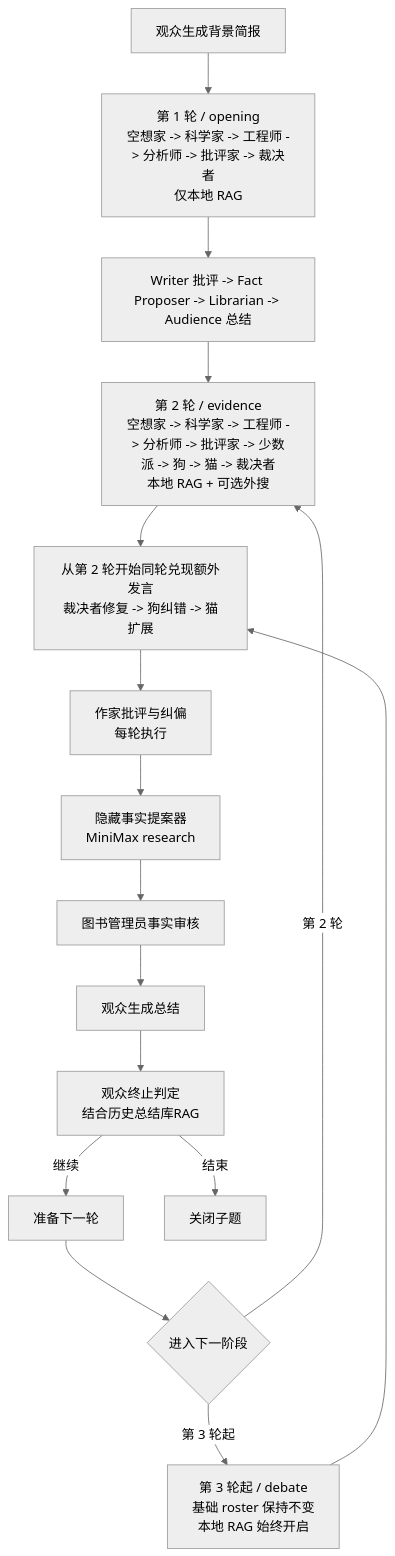
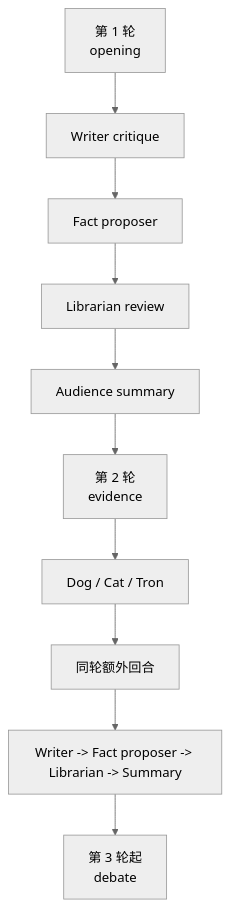
The second of 2 diagrams in README_CN.md (G-R-O-X/Grox_chat), drawn with Mermaid (neutral theme) before and after one commit. The commit also changed other lines of this file and 14 other files, not shown here.

````diff
--- a/README_CN.md
+++ b/README_CN.md
@@ -56,18 +84,12 @@
 ```mermaid
 flowchart TD
-    Grounding[观众生成背景简报] --> Opening[第 1 轮 / opening<br/>空想家 -> 科学家 -> 工程师 -> 分析师 -> 批评家 -> 裁决者<br/>仅本地 RAG]
-    Opening --> RoundEnd1[Writer 批评 -> Fact Proposer -> Librarian -> Audience 总结]
-    RoundEnd1 --> Evidence[第 2 轮 / evidence<br/>空想家 -> 科学家 -> 工程师 -> 分析师 -> 批评家 -> 少数派 -> 狗 -> 猫 -> 裁决者<br/>本地 RAG + 可选外搜]
-    Evidence --> Extra[从第 2 轮开始同轮兑现额外发言<br/>裁决者修复 -> 狗纠错 -> 猫扩展]
-    Debate[第 3 轮起 / debate<br/>基础 roster 保持不变<br/>本地 RAG 始终开启] --> Extra
-    Extra --> Writer[作家批评与纠偏<br/>每轮执行]
-    Writer --> Proposer[隐藏事实提案器<br/>MiniMax research]
-    Proposer --> Librarian[图书管理员事实审核]
-    Librarian --> Summary[观众生成总结]
-    Summary --> Eval[观众终止判定<br/>结合历史总结库RAG]
-    Eval -->|继续| Next[准备下一轮]
-    Next --> PhaseShift{进入下一阶段}
-    PhaseShift -->|第 2 轮| Evidence
-    PhaseShift -->|第 3 轮起| Debate
-    Eval -->|结束| End[关闭子题]
+    R1[第 1 轮<br/>opening] --> W1[Writer critique]
+    W1 --> FP1[Fact proposer]
+    FP1 --> L1[Librarian review]
+    L1 --> S1[Audience summary]
+    S1 --> R2[第 2 轮<br/>evidence]
+    R2 --> NPC2[Dog / Cat / Tron]
+    NPC2 --> Extra2[同轮额外回合]
+    Extra2 --> W2[Writer -> Fact proposer -> Librarian -> Summary]
+    W2 --> R3[第 3 轮起<br/>debate]
 ```
````
